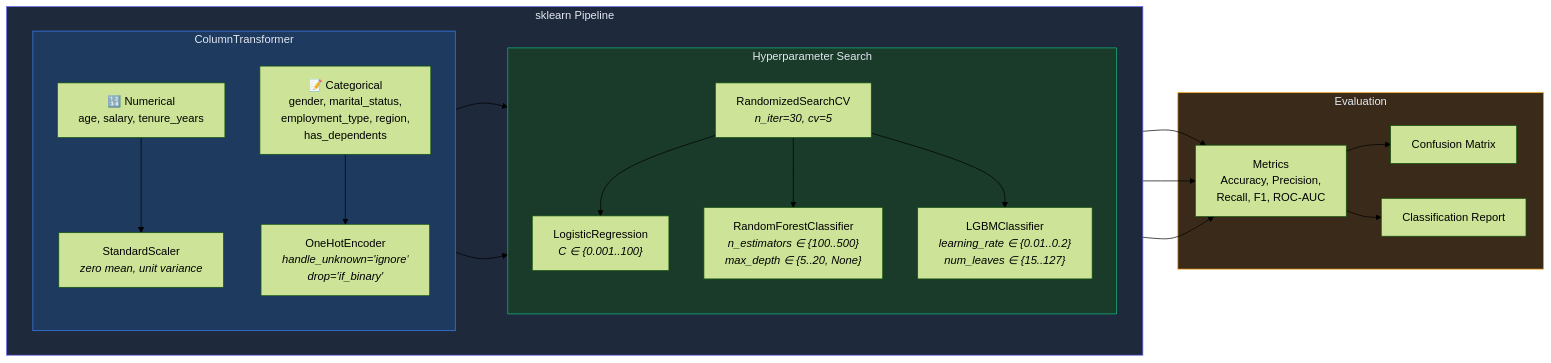
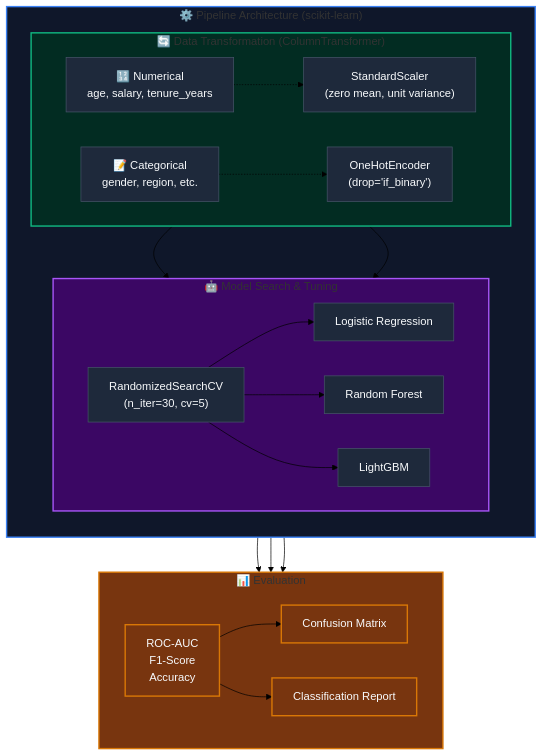
Before and after one commit to PRIYANSHU2026/Predictive-Insurance-Enrollment: the second of 2 diagrams in README.md, drawn with Mermaid (forest theme). The commit also changed other lines of this file, not shown here.

````diff
--- a/README.md
+++ b/README.md
@@ -141,41 +162,38 @@
 ```mermaid
-flowchart LR
-    subgraph PIPELINE["sklearn Pipeline"]
-        direction LR
-        subgraph PREPROCESS["ColumnTransformer"]
-            direction TB
-            N["🔢 Numerical<br/>age, salary, tenure_years"]
-            C["📝 Categorical<br/>gender, marital_status,<br/>employment_type, region,<br/>has_dependents"]
-            N --> SS["StandardScaler<br/><i>zero mean, unit variance</i>"]
-            C --> OHE["OneHotEncoder<br/><i>handle_unknown='ignore'<br/>drop='if_binary'</i>"]
+flowchart TD
+    subgraph PIPELINE["⚙️ Pipeline Architecture (scikit-learn)"]
+        direction TB
+        
+        subgraph PREPROCESS["🔄 Data Transformation (ColumnTransformer)"]
+            direction LR
+            N["🔢 Numerical<br/>age, salary, tenure_years"] -.-> SS["StandardScaler<br/>(zero mean, unit variance)"]
+            C["📝 Categorical<br/>gender, region, etc."] -.-> OHE["OneHotEncoder<br/>(drop='if_binary')"]
         end
 
-        subgraph TUNING["Hyperparameter Search"]
-            direction TB
-            RS["RandomizedSearchCV<br/><i>n_iter=30, cv=5</i>"]
-            RS --> LR["LogisticRegression<br/><i>C ∈ {0.001..100}</i>"]
-            RS --> RF["RandomForestClassifier<br/><i>n_estimators ∈ {100..500}<br/>max_depth ∈ {5..20, None}</i>"]
-            RS --> LG["LGBMClassifier<br/><i>learning_rate ∈ {0.01..0.2}<br/>num_leaves ∈ {15..127}</i>"]
+        subgraph MODEL["🤖 Model Search & Tuning"]
+            direction LR
+            SS & OHE --> TUNE["RandomizedSearchCV<br/>(n_iter=30, cv=5)"]
+            TUNE --> LR2["Logistic Regression"]
+            TUNE --> RF2["Random Forest"]
+            TUNE --> LGBM2["LightGBM"]
         end
-
-        SS --> RS
-        OHE --> RS
     end
-
-    subgraph EVAL["Evaluation"]
-        M["Metrics<br/>Accuracy, Precision,<br/>Recall, F1, ROC-AUC"]
-        CM["Confusion Matrix"]
-        CR["Classification Report"]
+    
+    subgraph METRICS["📊 Evaluation"]
+        direction LR
+        LR2 & RF2 & LGBM2 --> EVAL["ROC-AUC<br/>F1-Score<br/>Accuracy"]
+        EVAL --> CM["Confusion Matrix"]
+        EVAL --> CR["Classification Report"]
     end
-
-    LR --> M
-    RF --> M
-    LG --> M
-    M --> CM
-    M --> CR
-
-    style PIPELINE fill:#1e293b,stroke:#6366f1,color:#e2e8f0
-    style PREPROCESS fill:#1e3a5f,stroke:#3b82f6,color:#e2e8f0
-    style TUNING fill:#1a3a2a,stroke:#10b981,color:#e2e8f0
-    style EVAL fill:#3a2a1a,stroke:#f59e0b,color:#e2e8f0
+    
+    classDef default fill:#1e293b,stroke:#475569,stroke-width:1px,color:#f8fafc;
+    classDef pipeline fill:#0f172a,stroke:#3b82f6,stroke-width:2px;
+    classDef preproc fill:#022c22,stroke:#10b981,stroke-width:2px;
+    classDef model fill:#3b0764,stroke:#a855f7,stroke-width:2px;
+    classDef eval fill:#78350f,stroke:#d97706,stroke-width:2px;
+    
+    class PIPELINE pipeline;
+    class PREPROCESS preproc;
+    class MODEL model;
+    class METRICS,EVAL,CM,CR eval;
 ```
````
